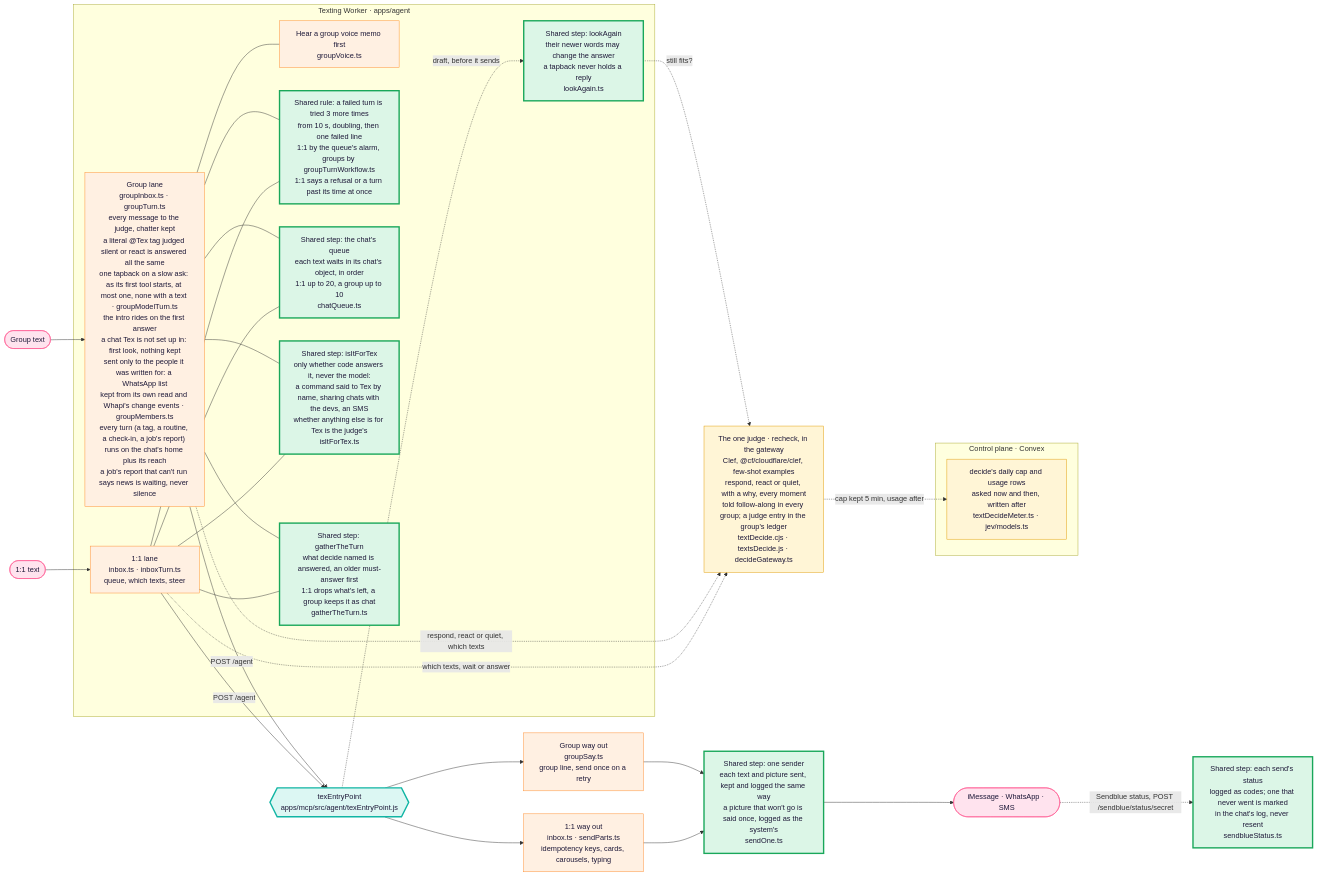
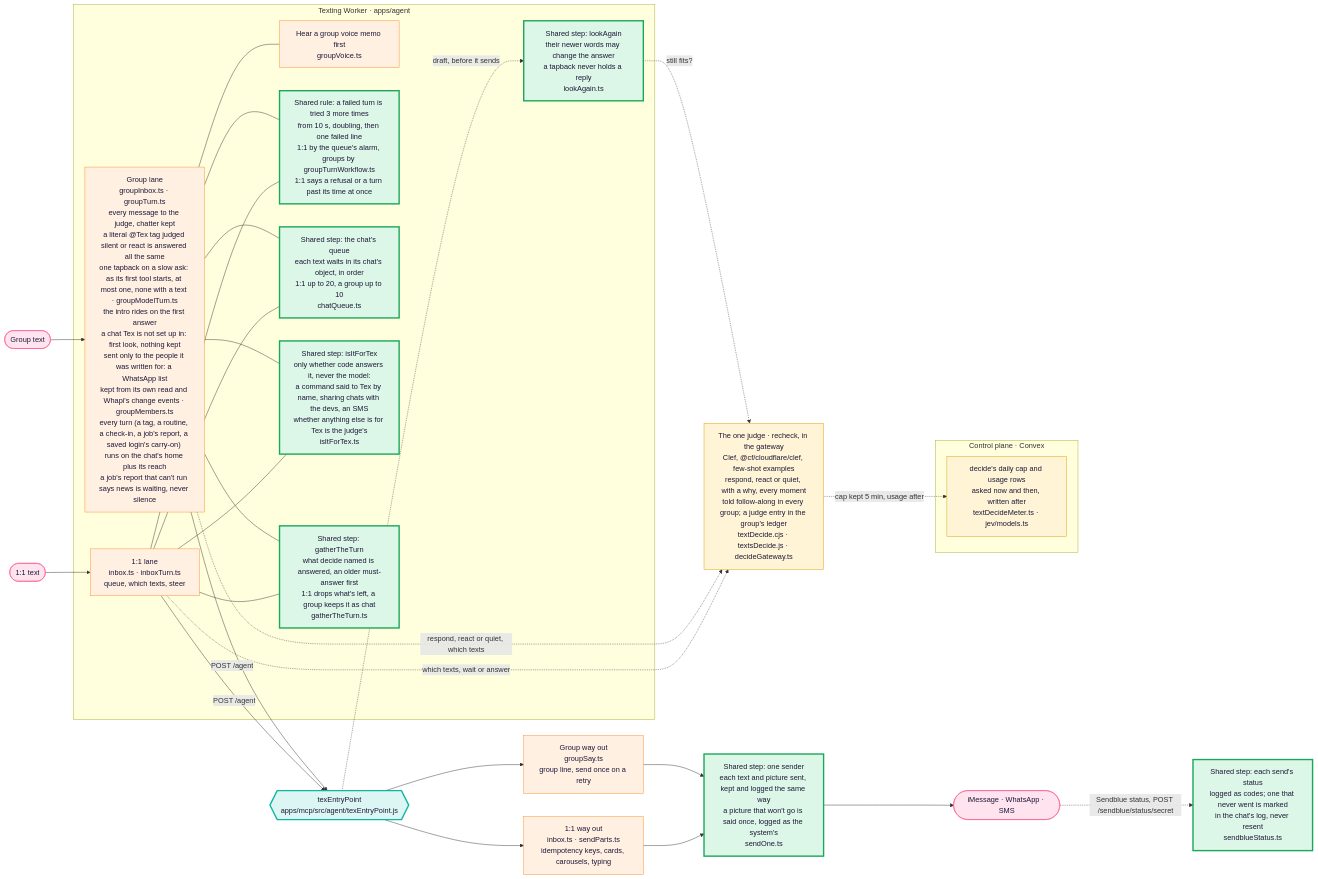
The first of 3 diagrams in docs/architecture/tex.md (Supa-Media/context), drawn with Mermaid before and after one commit. The commit also changed other lines of this file and 47 other files, not shown here.

First line of the commit message:
Vault links from a group chat: pick who can use it, and Tex carries on there

````diff
--- a/docs/architecture/tex.md
+++ b/docs/architecture/tex.md
@@ -22,47 +22,47 @@
 ```mermaid
 flowchart LR
   P1([1:1 text]):::you --> W1
   P2([Group text]):::you --> W2
   subgraph Worker["Texting Worker · apps/agent"]
     W1["1:1 lane<br/>inbox.ts · inboxTurn.ts<br/>queue, which texts, steer"]:::pipe
-    W2["Group lane<br/>groupInbox.ts · groupTurn.ts<br/>every message to the judge, chatter kept<br/>a literal @Tex tag judged silent or react is answered all the same<br/>one tapback on a slow ask: as its first tool starts, at most one, none with a text · groupModelTurn.ts<br/>the intro rides on the first answer<br/>a chat Tex is not set up in: first look, nothing kept<br/>sent only to the people it was written for: a WhatsApp list<br/>kept from its own read and Whapi's change events · groupMembers.ts<br/>every turn (a tag, a routine, a check-in, a job's report) runs on the chat's home plus its reach<br/>a job's report that can't run says news is waiting, never silence"]:::pipe
+    W2["Group lane<br/>groupInbox.ts · groupTurn.ts<br/>every message to the judge, chatter kept<br/>a literal @Tex tag judged silent or react is answered all the same<br/>one tapback on a slow ask: as its first tool starts, at most one, none with a text · groupModelTurn.ts<br/>the intro rides on the first answer<br/>a chat Tex is not set up in: first look, nothing kept<br/>sent only to the people it was written for: a WhatsApp list<br/>kept from its own read and Whapi's change events · groupMembers.ts<br/>every turn (a tag, a routine, a check-in, a job's report, a saved login's carry-on) runs on the chat's home plus its reach<br/>a job's report that can't run says news is waiting, never silence"]:::pipe
     H["Hear a group voice memo first<br/>groupVoice.ts"]:::pipe
     W2 --- H
     LA["Shared step: lookAgain<br/>their newer words may change the answer<br/>a tapback never holds a reply<br/>lookAgain.ts"]:::shared
     RT["Shared rule: a failed turn is tried 3 more times<br/>from 10 s, doubling, then one failed line<br/>1:1 by the queue's alarm, groups by groupTurnWorkflow.ts<br/>1:1 says a refusal or a turn past its time at once"]:::shared
     W1 --- RT
     W2 --- RT
     Q["Shared step: the chat's queue<br/>each text waits in its chat's object, in order<br/>1:1 up to 20, a group up to 10<br/>chatQueue.ts"]:::shared
     W1 --- Q
     W2 --- Q
     FT["Shared step: isItForTex<br/>only whether code answers it, never the model:<br/>a command said to Tex by name, sharing chats with the devs, an SMS<br/>whether anything else is for Tex is the judge's<br/>isItForTex.ts"]:::shared
     W1 --- FT
     W2 --- FT
     GT["Shared step: gatherTheTurn<br/>what decide named is answered, an older must-answer first<br/>1:1 drops what's left, a group keeps it as chat<br/>gatherTheTurn.ts"]:::shared
     W1 --- GT
     W2 --- GT
   end
   D["The one judge · recheck, in the gateway<br/>Clef, @cf/cloudflare/clef, few-shot examples<br/>respond, react or quiet, with a why, every moment<br/>told follow-along in every group; a judge entry in the group's ledger<br/>textDecide.cjs · textsDecide.js · decideGateway.ts"]:::judge
   subgraph Control["Control plane · Convex"]
     CAP["decide's daily cap and usage rows<br/>asked now and then, written after<br/>textDecideMeter.ts · jev/models.ts"]:::judge
   end
   D -. cap kept 5 min, usage after .-> CAP
   W1 -. which texts, wait or answer .-> D
   W2 -. respond, react or quiet, which texts .-> D
   E -. draft, before it sends .-> LA
   LA -. still fits? .-> D
   W1 -->|POST /agent| E
   W2 -->|POST /agent| E
   E{{"texEntryPoint<br/>apps/mcp/src/agent/texEntryPoint.js"}}:::door
   E --> S1["1:1 way out<br/>inbox.ts · sendParts.ts<br/>idempotency keys, cards, carousels, typing"]:::pipe
   E --> S2["Group way out<br/>groupSay.ts<br/>group line, send once on a retry"]:::pipe
   S1 --> SO["Shared step: one sender<br/>each text and picture sent, kept and logged the same way<br/>a picture that won't go is said once, logged as the system's<br/>sendOne.ts"]:::shared
   S2 --> SO
   SO --> Out([iMessage · WhatsApp · SMS]):::you
   Out -. "Sendblue status, POST /sendblue/status/secret" .-> ST["Shared step: each send's status<br/>logged as codes; one that never went is marked<br/>in the chat's log, never resent<br/>sendblueStatus.ts"]:::shared
   classDef you fill:#ffe3ee,stroke:#ff4f8b,color:#1d1838
   classDef pipe fill:#fff0e2,stroke:#ff8a2a,color:#1d1838
   classDef door fill:#dcf7f3,stroke:#11b5a4,stroke-width:3px,color:#1d1838
   classDef judge fill:#fff5d6,stroke:#e09a00,color:#1d1838
   classDef shared fill:#dcf6e7,stroke:#19a75a,stroke-width:3px,color:#1d1838
 ```
````
